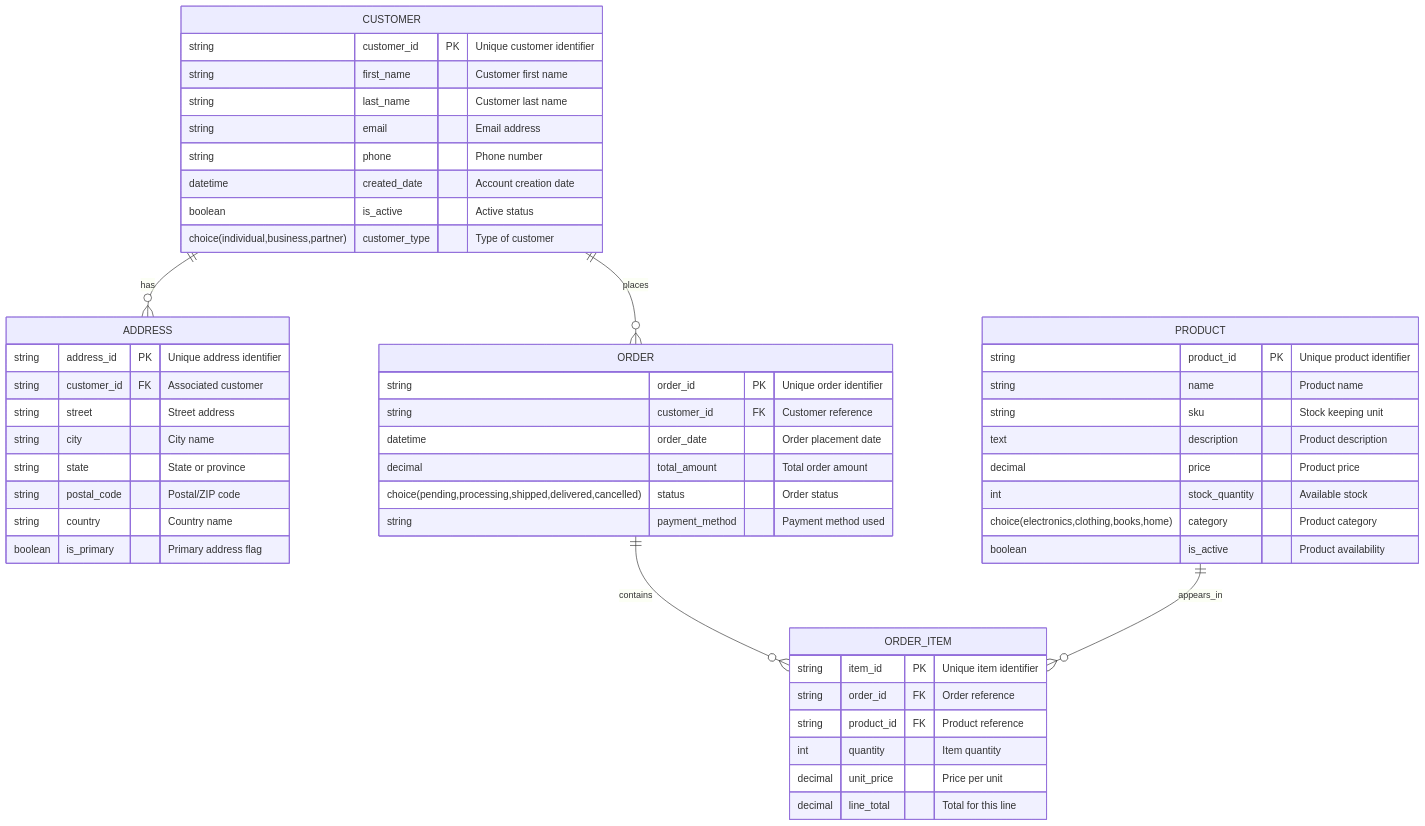
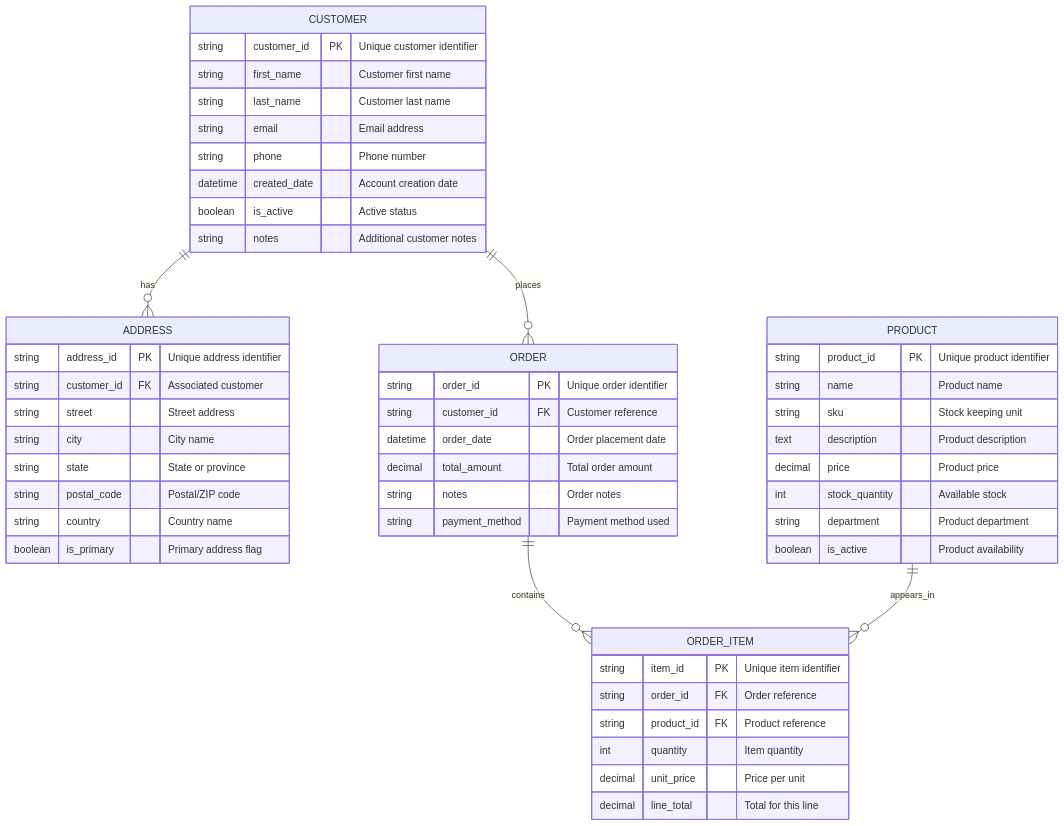
Before and after one commit to LuiseFreese/mermaid: the third of 8 diagrams in docs/MERMAID-GUIDE.md, drawn with Mermaid. The commit also changed other lines of this file and 6 other files, not shown here.

````diff
--- a/docs/MERMAID-GUIDE.md
+++ b/docs/MERMAID-GUIDE.md
@@ -55,58 +55,58 @@
 ```mermaid
 erDiagram
     CUSTOMER {
         string customer_id PK "Unique customer identifier"
         string first_name "Customer first name"
         string last_name "Customer last name"
         string email "Email address"
         string phone "Phone number"
         datetime created_date "Account creation date"
         boolean is_active "Active status"
-        choice(individual,business,partner) customer_type "Type of customer"
+        string notes "Additional customer notes"
     }
     
     ADDRESS {
         string address_id PK "Unique address identifier"
         string customer_id FK "Associated customer"
         string street "Street address"
         string city "City name"
         string state "State or province"
         string postal_code "Postal/ZIP code"
         string country "Country name"
         boolean is_primary "Primary address flag"
     }
     
     ORDER {
         string order_id PK "Unique order identifier"
         string customer_id FK "Customer reference"
         datetime order_date "Order placement date"
         decimal total_amount "Total order amount"
-        choice(pending,processing,shipped,delivered,cancelled) status "Order status"
+        string notes "Order notes"
         string payment_method "Payment method used"
     }
     
     ORDER_ITEM {
         string item_id PK "Unique item identifier"
         string order_id FK "Order reference"
         string product_id FK "Product reference"
         int quantity "Item quantity"
         decimal unit_price "Price per unit"
         decimal line_total "Total for this line"
     }
     
     PRODUCT {
         string product_id PK "Unique product identifier"
         string name "Product name"
         string sku "Stock keeping unit"
         text description "Product description"
         decimal price "Product price"
         int stock_quantity "Available stock"
-        choice(electronics,clothing,books,home) category "Product category"
+        string department "Product department"
         boolean is_active "Product availability"
     }
     
     CUSTOMER ||--o{ ADDRESS : "has"
     CUSTOMER ||--o{ ORDER : "places"
     ORDER ||--o{ ORDER_ITEM : "contains"
     PRODUCT ||--o{ ORDER_ITEM : "appears_in"
 ```
````
